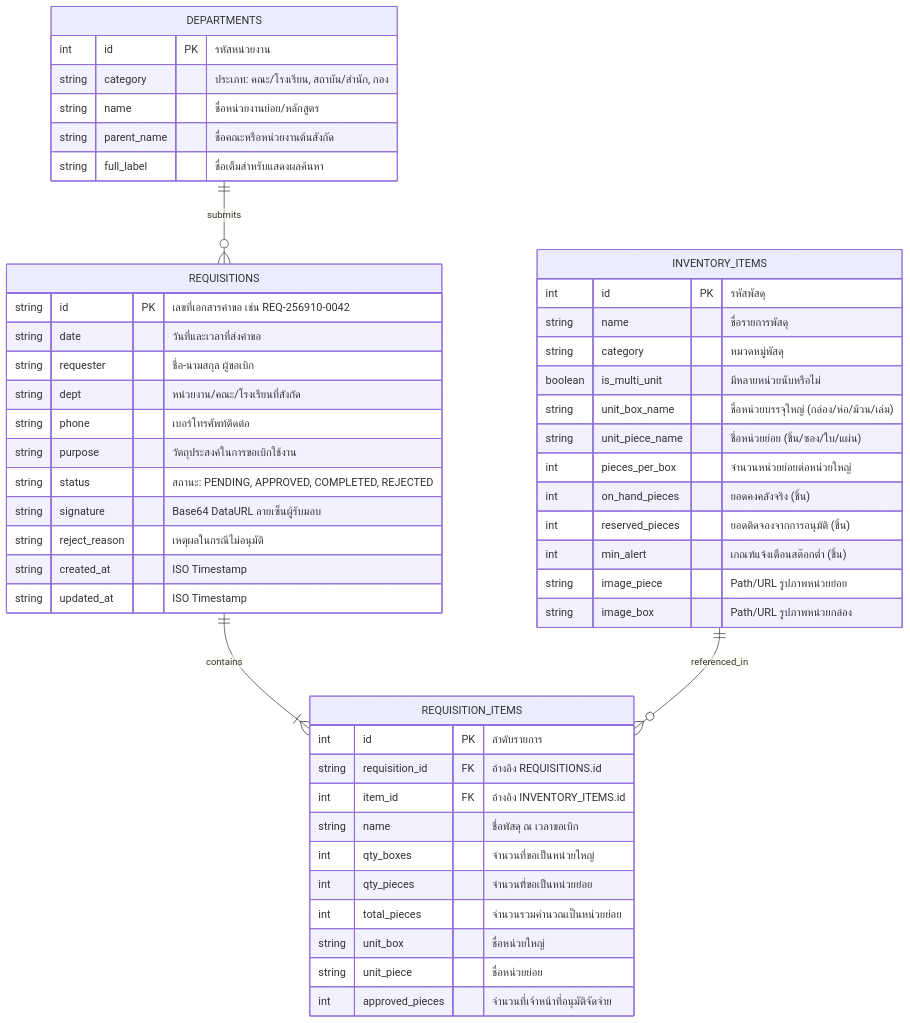
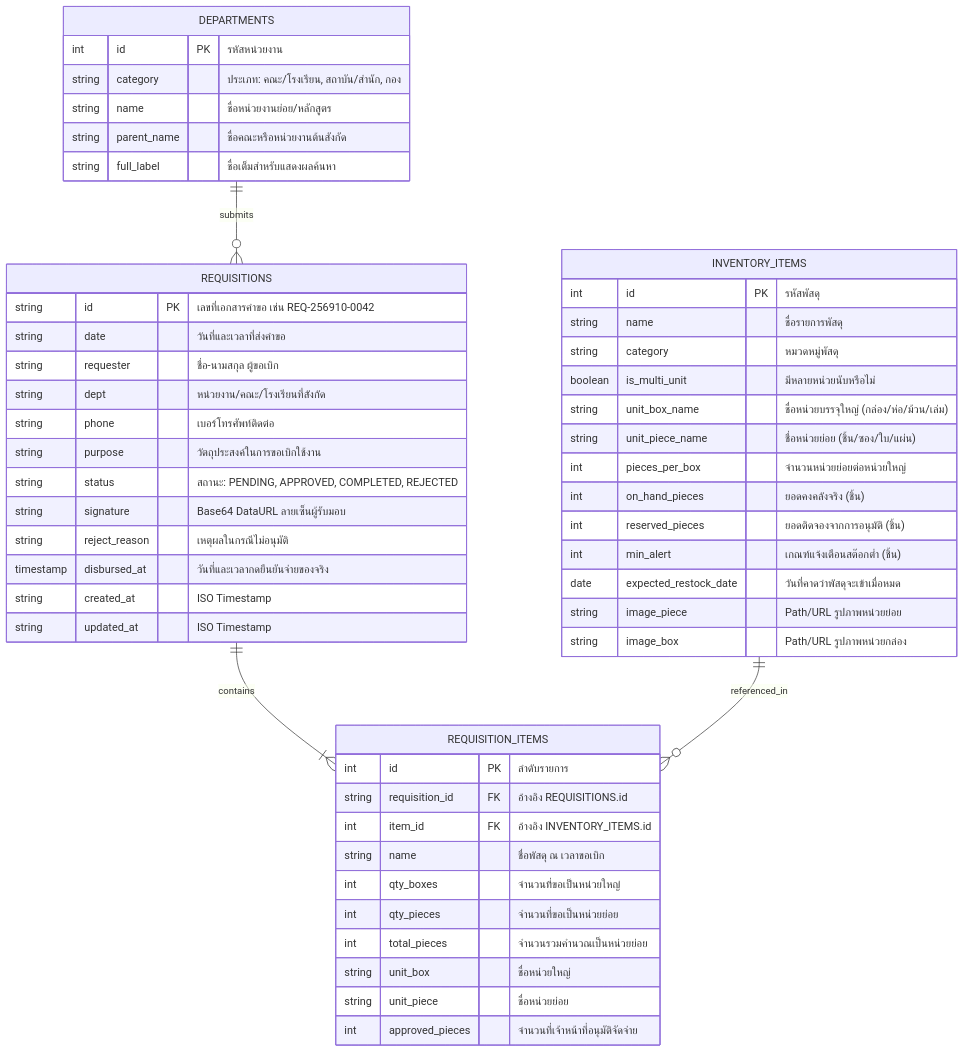
The diagram in docs/SCHEMA.md (itsmekritsanai/stock-order-sdu), drawn with Mermaid before and after one commit. The commit also changed other lines of this file and 7 other files, not shown here.

Commit message:
feat(roadmap): add out-of-stock guard, restock arrival date, and disbursement date requirements

````diff
--- a/docs/SCHEMA.md
+++ b/docs/SCHEMA.md
@@ -8,56 +8,58 @@
 ```mermaid
 erDiagram
     DEPARTMENTS ||--o{ REQUISITIONS : submits
     REQUISITIONS ||--|{ REQUISITION_ITEMS : contains
     INVENTORY_ITEMS ||--o{ REQUISITION_ITEMS : referenced_in
 
     INVENTORY_ITEMS {
         int id PK "รหัสพัสดุ"
         string name "ชื่อรายการพัสดุ"
         string category "หมวดหมู่พัสดุ"
         boolean is_multi_unit "มีหลายหน่วยนับหรือไม่"
         string unit_box_name "ชื่อหน่วยบรรจุใหญ่ (กล่อง/ห่อ/ม้วน/เล่ม)"
         string unit_piece_name "ชื่อหน่วยย่อย (ชิ้น/ซอง/ใบ/แผ่น)"
         int pieces_per_box "จำนวนหน่วยย่อยต่อหน่วยใหญ่"
         int on_hand_pieces "ยอดคงคลังจริง (ชิ้น)"
         int reserved_pieces "ยอดติดจองจากการอนุมัติ (ชิ้น)"
         int min_alert "เกณฑ์แจ้งเตือนสต๊อกต่ำ (ชิ้น)"
+        date expected_restock_date "วันที่คาดว่าพัสดุจะเข้าเมื่อหมด"
         string image_piece "Path/URL รูปภาพหน่วยย่อย"
         string image_box "Path/URL รูปภาพหน่วยกล่อง"
     }
 
     REQUISITIONS {
         string id PK "เลขที่เอกสารคำขอ เช่น REQ-256910-0042"
         string date "วันที่และเวลาที่ส่งคำขอ"
         string requester "ชื่อ-นามสกุล ผู้ขอเบิก"
         string dept "หน่วยงาน/คณะ/โรงเรียนที่สังกัด"
         string phone "เบอร์โทรศัพท์ติดต่อ"
         string purpose "วัตถุประสงค์ในการขอเบิกใช้งาน"
         string status "สถานะ: PENDING, APPROVED, COMPLETED, REJECTED"
         string signature "Base64 DataURL ลายเซ็นผู้รับมอบ"
         string reject_reason "เหตุผลในกรณีไม่อนุมัติ"
+        timestamp disbursed_at "วันที่และเวลากดยืนยันจ่ายของจริง"
         string created_at "ISO Timestamp"
         string updated_at "ISO Timestamp"
     }
 
     REQUISITION_ITEMS {
         int id PK "ลำดับรายการ"
         string requisition_id FK "อ้างอิง REQUISITIONS.id"
         int item_id FK "อ้างอิง INVENTORY_ITEMS.id"
         string name "ชื่อพัสดุ ณ เวลาขอเบิก"
         int qty_boxes "จำนวนที่ขอเป็นหน่วยใหญ่"
         int qty_pieces "จำนวนที่ขอเป็นหน่วยย่อย"
         int total_pieces "จำนวนรวมคำนวณเป็นหน่วยย่อย"
         string unit_box "ชื่อหน่วยใหญ่"
         string unit_piece "ชื่อหน่วยย่อย"
         int approved_pieces "จำนวนที่เจ้าหน้าที่อนุมัติจัดจ่าย"
     }
 
     DEPARTMENTS {
         int id PK "รหัสหน่วยงาน"
         string category "ประเภท: คณะ/โรงเรียน, สถาบัน/สำนัก, กอง"
         string name "ชื่อหน่วยงานย่อย/หลักสูตร"
         string parent_name "ชื่อคณะหรือหน่วยงานต้นสังกัด"
         string full_label "ชื่อเต็มสำหรับแสดงผลค้นหา"
     }
 ```
````
